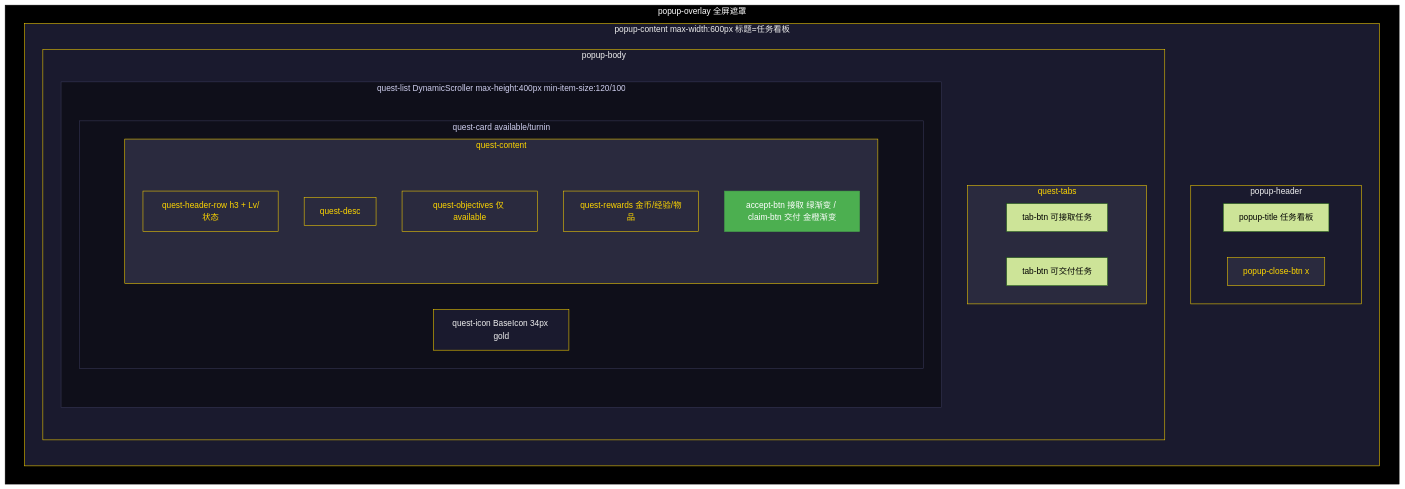
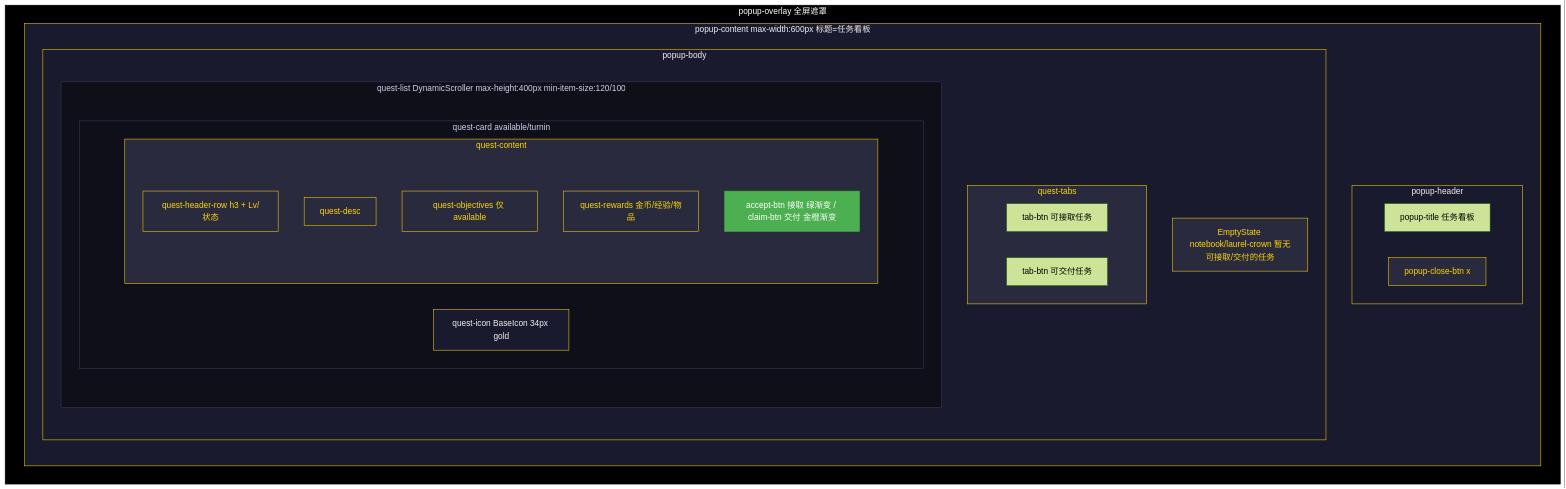
Before and after one commit to SonDemigods/wow_dnd: the fifth of 14 diagrams in doc/UI/UI_DESIGN_SPEC_POPUPS.md, drawn with Mermaid (forest theme). The commit also changed other lines of this file and 55 other files, not shown here.

````diff
--- a/doc/UI/UI_DESIGN_SPEC_POPUPS.md
+++ b/doc/UI/UI_DESIGN_SPEC_POPUPS.md
@@ -487,50 +495,51 @@
 ```mermaid
 flowchart TB
     subgraph overlay["popup-overlay 全屏遮罩"]
         subgraph container["popup-content max-width:600px 标题=任务看板"]
             direction TB
             subgraph header["popup-header"]
                 direction LR
                 title["popup-title 任务看板"]
                 close["popup-close-btn x"]
             end
             subgraph body["popup-body"]
                 direction TB
                 subgraph tabs["quest-tabs"]
                     direction LR
                     availTab["tab-btn 可接取任务"]
                     turninTab["tab-btn 可交付任务"]
                 end
                 subgraph questList["quest-list DynamicScroller max-height:400px min-item-size:120/100"]
                     direction TB
                     subgraph questCard["quest-card available/turnin"]
                         direction LR
                         questIcon["quest-icon BaseIcon 34px gold"]
                         subgraph questContent["quest-content"]
                             direction TB
                             headerRow["quest-header-row h3 + Lv/状态"]
                             questDesc["quest-desc"]
                             questObj["quest-objectives 仅 available"]
                             questRewards["quest-rewards 金币/经验/物品"]
                             acceptBtn["accept-btn 接取 绿渐变 / claim-btn 交付 金橙渐变"]
                         end
                     end
                 end
+                emptyState["EmptyState notebook/laurel-crown 暂无可接取/交付的任务"]
             end
         end
     end
 
     classDef overlayCls fill:#000000,stroke:#000,color:#fff
     classDef containerCls fill:#1a1a2e,stroke:#ffd700,color:#f0f0f0
     classDef regionCls fill:#2a2a3e,stroke:#ffd700,color:#ffd700
     classDef listCls fill:#0f0f1a,stroke:#3a3a5a,color:#d0d0f0
     classDef acceptCls fill:#4caf50,stroke:#45a049,color:#fff
 
     class overlay overlayCls
     class container,header,body containerCls
-    class tabs,headerRow,questDesc,questObj,questRewards,questContent regionCls
+    class tabs,headerRow,questDesc,questObj,questRewards,questContent,emptyState regionCls
     class questList,questCard listCls
     class acceptBtn acceptCls
     class questIcon containerCls
     class close regionCls
 ```
````
